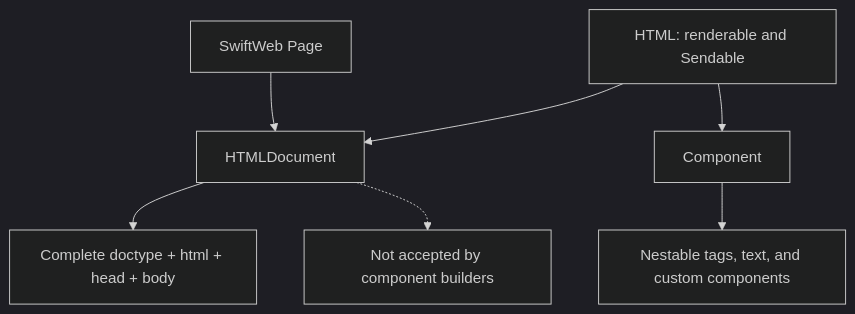
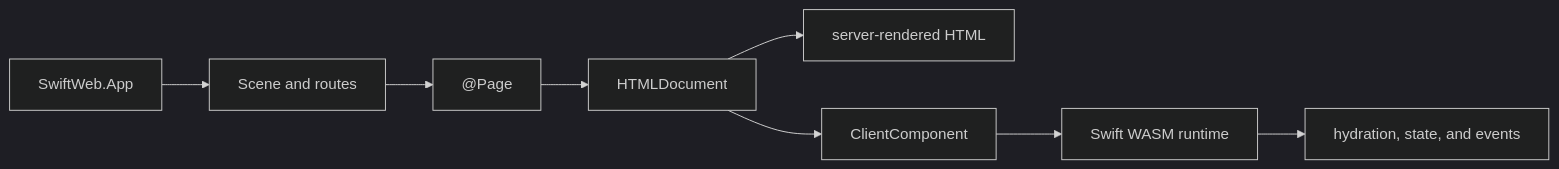
One commit to 1amageek/swift-web changed the first of 2 diagrams in README.md. Above: the diagram before and after it, drawn with Mermaid (dark theme). The commit also changed other lines of this file and 30 other files, not shown here.

Commit message:
Update documentation for SwiftWeb 0.7

````diff
--- a/README.md
+++ b/README.md
@@ -161,9 +14,10 @@
 ```mermaid
-flowchart TD
-  HTML["HTML: renderable and Sendable"] --> Document["HTMLDocument"]
-  HTML --> Component["Component"]
-  Document --> Shell["Complete doctype + html + head + body"]
-  Component --> Nested["Nestable tags, text, and custom components"]
-  Page["SwiftWeb Page"] --> Document
-  Document -.-> Guard["Not accepted by component builders"]
+flowchart LR
+  App["SwiftWeb.App"] --> Scene["Scene and routes"]
+  Scene --> Page["@Page"]
+  Page --> Document["HTMLDocument"]
+  Document --> HTML["server-rendered HTML"]
+  Document --> Island["ClientComponent"]
+  Island --> WASM["Swift WASM runtime"]
+  WASM --> Browser["hydration, state, and events"]
 ```
````
